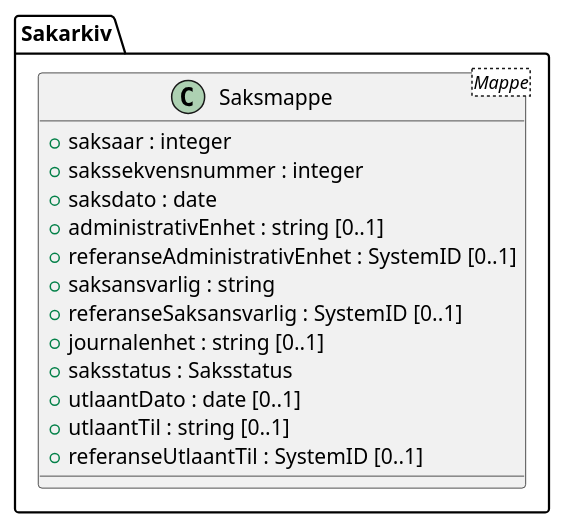
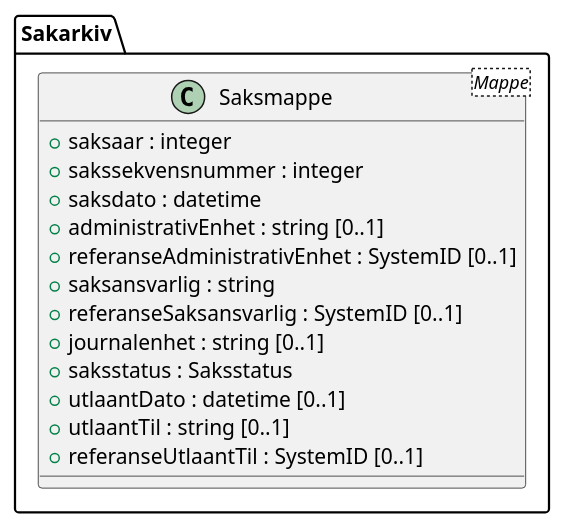
One commit to arkivverket/noark5-tjenestegrensesnitt-standard changed the diagram in kapitler/media/uml-class-saksmappe.iuml. Above: the diagram before and after it, drawn with PlantUML. The commit also changed 23 other files, not shown here.

First line of the commit message:
Change all date types to datetime to match Noark 5

```diff
--- a/kapitler/media/uml-class-saksmappe.iuml
+++ b/kapitler/media/uml-class-saksmappe.iuml
@@ -1,16 +1,16 @@
 @startuml
 class Sakarkiv.Saksmappe <Mappe> {
   +saksaar : integer
   +sakssekvensnummer : integer
-  +saksdato : date
+  +saksdato : datetime
   +administrativEnhet : string [0..1]
   +referanseAdministrativEnhet : SystemID [0..1]
   +saksansvarlig : string
   +referanseSaksansvarlig : SystemID [0..1]
   +journalenhet : string [0..1]
   +saksstatus : Saksstatus
-  +utlaantDato : date [0..1]
+  +utlaantDato : datetime [0..1]
   +utlaantTil : string [0..1]
   +referanseUtlaantTil : SystemID [0..1]
 }
 @enduml
```
